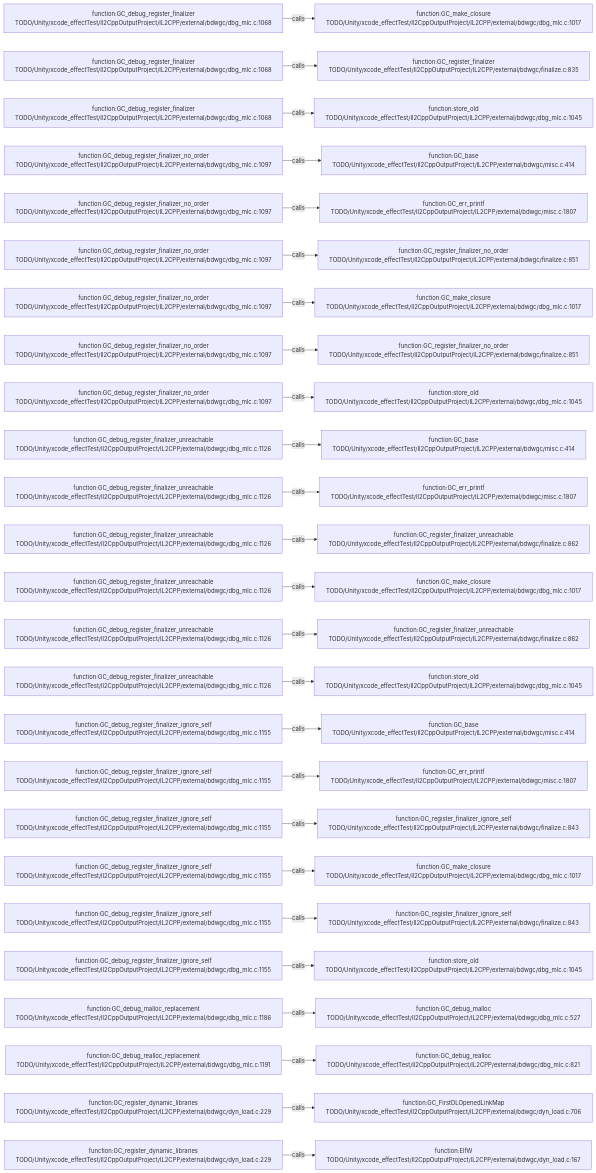
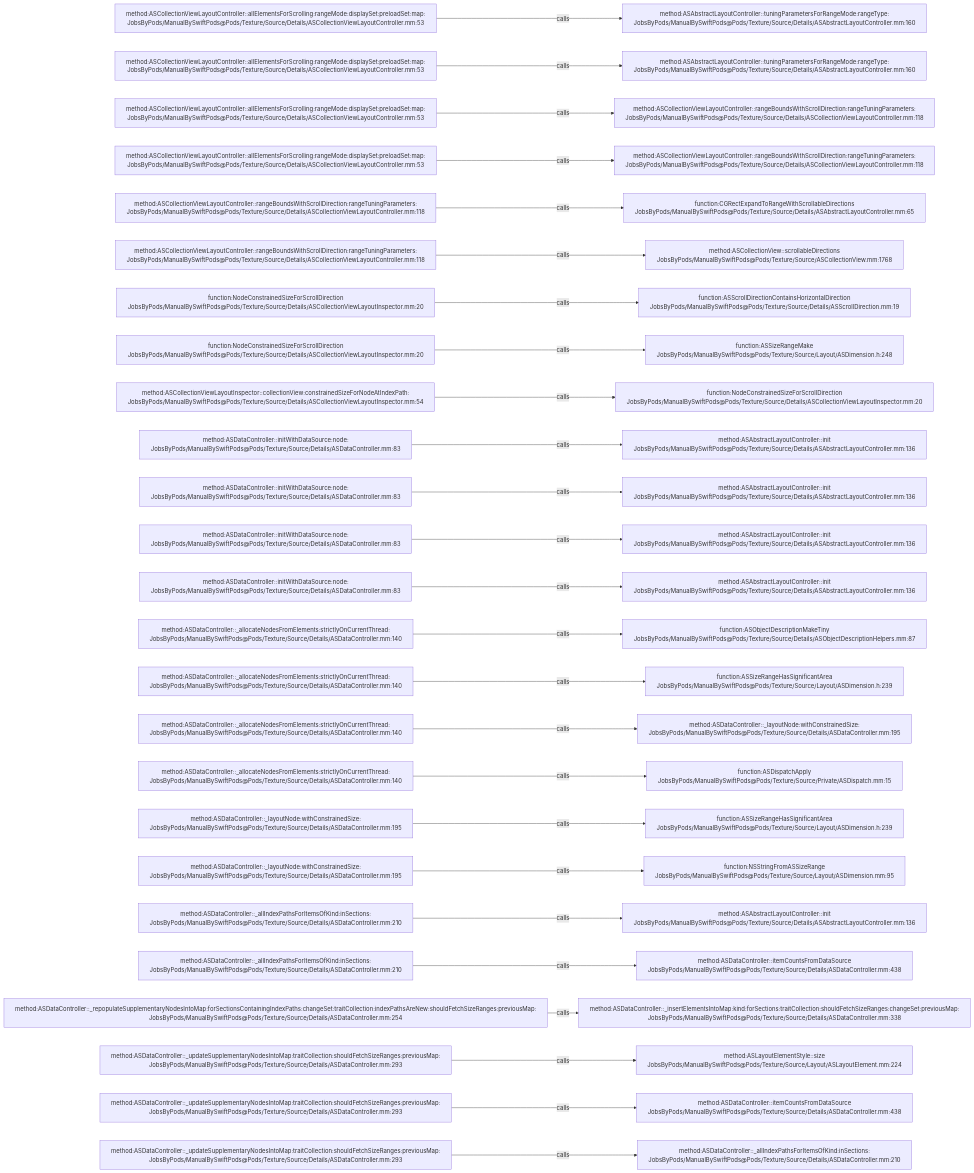
The diagram in .codegraph/codegraph.md/graphs/calls-103.md (JobsKits/JobsSwiftBaseConfigDemo), drawn with Mermaid before and after one commit. The commit also changed 2959 other files, not shown here.

````diff
--- a/.codegraph/codegraph.md/graphs/calls-103.md
+++ b/.codegraph/codegraph.md/graphs/calls-103.md
@@ -13,78 +13,78 @@
 ```mermaid
 flowchart LR
-  S1["function:GC_debug_register_finalizer<br/>TODO/Unity/xcode_effectTest/Il2CppOutputProject/IL2CPP/external/bdwgc/dbg_mlc.c:1068"]
-  T1["function:GC_make_closure<br/>TODO/Unity/xcode_effectTest/Il2CppOutputProject/IL2CPP/external/bdwgc/dbg_mlc.c:1017"]
+  S1["method:ASCollectionViewLayoutController::allElementsForScrolling:rangeMode:displaySet:preloadSet:map:<br/>JobsByPods/ManualBySwiftPods@Pods/Texture/Source/Details/ASCollectionViewLayoutController.mm:53"]
+  T1["method:ASAbstractLayoutController::tuningParametersForRangeMode:rangeType:<br/>JobsByPods/ManualBySwiftPods@Pods/Texture/Source/Details/ASAbstractLayoutController.mm:160"]
   S1 -->|calls| T1
-  S2["function:GC_debug_register_finalizer<br/>TODO/Unity/xcode_effectTest/Il2CppOutputProject/IL2CPP/external/bdwgc/dbg_mlc.c:1068"]
-  T2["function:GC_register_finalizer<br/>TODO/Unity/xcode_effectTest/Il2CppOutputProject/IL2CPP/external/bdwgc/finalize.c:835"]
+  S2["method:ASCollectionViewLayoutController::allElementsForScrolling:rangeMode:displaySet:preloadSet:map:<br/>JobsByPods/ManualBySwiftPods@Pods/Texture/Source/Details/ASCollectionViewLayoutController.mm:53"]
+  T2["method:ASAbstractLayoutController::tuningParametersForRangeMode:rangeType:<br/>JobsByPods/ManualBySwiftPods@Pods/Texture/Source/Details/ASAbstractLayoutController.mm:160"]
   S2 -->|calls| T2
-  S3["function:GC_debug_register_finalizer<br/>TODO/Unity/xcode_effectTest/Il2CppOutputProject/IL2CPP/external/bdwgc/dbg_mlc.c:1068"]
-  T3["function:store_old<br/>TODO/Unity/xcode_effectTest/Il2CppOutputProject/IL2CPP/external/bdwgc/dbg_mlc.c:1045"]
+  S3["method:ASCollectionViewLayoutController::allElementsForScrolling:rangeMode:displaySet:preloadSet:map:<br/>JobsByPods/ManualBySwiftPods@Pods/Texture/Source/Details/ASCollectionViewLayoutController.mm:53"]
+  T3["method:ASCollectionViewLayoutController::rangeBoundsWithScrollDirection:rangeTuningParameters:<br/>JobsByPods/ManualBySwiftPods@Pods/Texture/Source/Details/ASCollectionViewLayoutController.mm:118"]
   S3 -->|calls| T3
-  S4["function:GC_debug_register_finalizer_no_order<br/>TODO/Unity/xcode_effectTest/Il2CppOutputProject/IL2CPP/external/bdwgc/dbg_mlc.c:1097"]
-  T4["function:GC_base<br/>TODO/Unity/xcode_effectTest/Il2CppOutputProject/IL2CPP/external/bdwgc/misc.c:414"]
+  S4["method:ASCollectionViewLayoutController::allElementsForScrolling:rangeMode:displaySet:preloadSet:map:<br/>JobsByPods/ManualBySwiftPods@Pods/Texture/Source/Details/ASCollectionViewLayoutController.mm:53"]
+  T4["method:ASCollectionViewLayoutController::rangeBoundsWithScrollDirection:rangeTuningParameters:<br/>JobsByPods/ManualBySwiftPods@Pods/Texture/Source/Details/ASCollectionViewLayoutController.mm:118"]
   S4 -->|calls| T4
-  S5["function:GC_debug_register_finalizer_no_order<br/>TODO/Unity/xcode_effectTest/Il2CppOutputProject/IL2CPP/external/bdwgc/dbg_mlc.c:1097"]
-  T5["function:GC_err_printf<br/>TODO/Unity/xcode_effectTest/Il2CppOutputProject/IL2CPP/external/bdwgc/misc.c:1807"]
+  S5["method:ASCollectionViewLayoutController::rangeBoundsWithScrollDirection:rangeTuningParameters:<br/>JobsByPods/ManualBySwiftPods@Pods/Texture/Source/Details/ASCollectionViewLayoutController.mm:118"]
+  T5["function:CGRectExpandToRangeWithScrollableDirections<br/>JobsByPods/ManualBySwiftPods@Pods/Texture/Source/Details/ASAbstractLayoutController.mm:65"]
   S5 -->|calls| T5
-  S6["function:GC_debug_register_finalizer_no_order<br/>TODO/Unity/xcode_effectTest/Il2CppOutputProject/IL2CPP/external/bdwgc/dbg_mlc.c:1097"]
-  T6["function:GC_register_finalizer_no_order<br/>TODO/Unity/xcode_effectTest/Il2CppOutputProject/IL2CPP/external/bdwgc/finalize.c:851"]
+  S6["method:ASCollectionViewLayoutController::rangeBoundsWithScrollDirection:rangeTuningParameters:<br/>JobsByPods/ManualBySwiftPods@Pods/Texture/Source/Details/ASCollectionViewLayoutController.mm:118"]
+  T6["method:ASCollectionView::scrollableDirections<br/>JobsByPods/ManualBySwiftPods@Pods/Texture/Source/ASCollectionView.mm:1768"]
   S6 -->|calls| T6
-  S7["function:GC_debug_register_finalizer_no_order<br/>TODO/Unity/xcode_effectTest/Il2CppOutputProject/IL2CPP/external/bdwgc/dbg_mlc.c:1097"]
-  T7["function:GC_make_closure<br/>TODO/Unity/xcode_effectTest/Il2CppOutputProject/IL2CPP/external/bdwgc/dbg_mlc.c:1017"]
+  S7["function:NodeConstrainedSizeForScrollDirection<br/>JobsByPods/ManualBySwiftPods@Pods/Texture/Source/Details/ASCollectionViewLayoutInspector.mm:20"]
+  T7["function:ASScrollDirectionContainsHorizontalDirection<br/>JobsByPods/ManualBySwiftPods@Pods/Texture/Source/Details/ASScrollDirection.mm:19"]
   S7 -->|calls| T7
-  S8["function:GC_debug_register_finalizer_no_order<br/>TODO/Unity/xcode_effectTest/Il2CppOutputProject/IL2CPP/external/bdwgc/dbg_mlc.c:1097"]
-  T8["function:GC_register_finalizer_no_order<br/>TODO/Unity/xcode_effectTest/Il2CppOutputProject/IL2CPP/external/bdwgc/finalize.c:851"]
+  S8["function:NodeConstrainedSizeForScrollDirection<br/>JobsByPods/ManualBySwiftPods@Pods/Texture/Source/Details/ASCollectionViewLayoutInspector.mm:20"]
+  T8["function:ASSizeRangeMake<br/>JobsByPods/ManualBySwiftPods@Pods/Texture/Source/Layout/ASDimension.h:248"]
   S8 -->|calls| T8
-  S9["function:GC_debug_register_finalizer_no_order<br/>TODO/Unity/xcode_effectTest/Il2CppOutputProject/IL2CPP/external/bdwgc/dbg_mlc.c:1097"]
-  T9["function:store_old<br/>TODO/Unity/xcode_effectTest/Il2CppOutputProject/IL2CPP/external/bdwgc/dbg_mlc.c:1045"]
+  S9["method:ASCollectionViewLayoutInspector::collectionView:constrainedSizeForNodeAtIndexPath:<br/>JobsByPods/ManualBySwiftPods@Pods/Texture/Source/Details/ASCollectionViewLayoutInspector.mm:54"]
+  T9["function:NodeConstrainedSizeForScrollDirection<br/>JobsByPods/ManualBySwiftPods@Pods/Texture/Source/Details/ASCollectionViewLayoutInspector.mm:20"]
   S9 -->|calls| T9
-  S10["function:GC_debug_register_finalizer_unreachable<br/>TODO/Unity/xcode_effectTest/Il2CppOutputProject/IL2CPP/external/bdwgc/dbg_mlc.c:1126"]
-  T10["function:GC_base<br/>TODO/Unity/xcode_effectTest/Il2CppOutputProject/IL2CPP/external/bdwgc/misc.c:414"]
+  S10["method:ASDataController::initWithDataSource:node:<br/>JobsByPods/ManualBySwiftPods@Pods/Texture/Source/Details/ASDataController.mm:83"]
+  T10["method:ASAbstractLayoutController::init<br/>JobsByPods/ManualBySwiftPods@Pods/Texture/Source/Details/ASAbstractLayoutController.mm:136"]
   S10 -->|calls| T10
-  S11["function:GC_debug_register_finalizer_unreachable<br/>TODO/Unity/xcode_effectTest/Il2CppOutputProject/IL2CPP/external/bdwgc/dbg_mlc.c:1126"]
-  T11["function:GC_err_printf<br/>TODO/Unity/xcode_effectTest/Il2CppOutputProject/IL2CPP/external/bdwgc/misc.c:1807"]
+  S11["method:ASDataController::initWithDataSource:node:<br/>JobsByPods/ManualBySwiftPods@Pods/Texture/Source/Details/ASDataController.mm:83"]
+  T11["method:ASAbstractLayoutController::init<br/>JobsByPods/ManualBySwiftPods@Pods/Texture/Source/Details/ASAbstractLayoutController.mm:136"]
   S11 -->|calls| T11
-  S12["function:GC_debug_register_finalizer_unreachable<br/>TODO/Unity/xcode_effectTest/Il2CppOutputProject/IL2CPP/external/bdwgc/dbg_mlc.c:1126"]
-  T12["function:GC_register_finalizer_unreachable<br/>TODO/Unity/xcode_effectTest/Il2CppOutputProject/IL2CPP/external/bdwgc/finalize.c:862"]
+  S12["method:ASDataController::initWithDataSource:node:<br/>JobsByPods/ManualBySwiftPods@Pods/Texture/Source/Details/ASDataController.mm:83"]
+  T12["method:ASAbstractLayoutController::init<br/>JobsByPods/ManualBySwiftPods@Pods/Texture/Source/Details/ASAbstractLayoutController.mm:136"]
   S12 -->|calls| T12
-  S13["function:GC_debug_register_finalizer_unreachable<br/>TODO/Unity/xcode_effectTest/Il2CppOutputProject/IL2CPP/external/bdwgc/dbg_mlc.c:1126"]
-  T13["function:GC_make_closure<br/>TODO/Unity/xcode_effectTest/Il2CppOutputProject/IL2CPP/external/bdwgc/dbg_mlc.c:1017"]
+  S13["method:ASDataController::initWithDataSource:node:<br/>JobsByPods/ManualBySwiftPods@Pods/Texture/Source/Details/ASDataController.mm:83"]
+  T13["method:ASAbstractLayoutController::init<br/>JobsByPods/ManualBySwiftPods@Pods/Texture/Source/Details/ASAbstractLayoutController.mm:136"]
   S13 -->|calls| T13
-  S14["function:GC_debug_register_finalizer_unreachable<br/>TODO/Unity/xcode_effectTest/Il2CppOutputProject/IL2CPP/external/bdwgc/dbg_mlc.c:1126"]
-  T14["function:GC_register_finalizer_unreachable<br/>TODO/Unity/xcode_effectTest/Il2CppOutputProject/IL2CPP/external/bdwgc/finalize.c:862"]
+  S14["method:ASDataController::_allocateNodesFromElements:strictlyOnCurrentThread:<br/>JobsByPods/ManualBySwiftPods@Pods/Texture/Source/Details/ASDataController.mm:140"]
+  T14["function:ASObjectDescriptionMakeTiny<br/>JobsByPods/ManualBySwiftPods@Pods/Texture/Source/Details/ASObjectDescriptionHelpers.mm:87"]
   S14 -->|calls| T14
-  S15["function:GC_debug_register_finalizer_unreachable<br/>TODO/Unity/xcode_effectTest/Il2CppOutputProject/IL2CPP/external/bdwgc/dbg_mlc.c:1126"]
-  T15["function:store_old<br/>TODO/Unity/xcode_effectTest/Il2CppOutputProject/IL2CPP/external/bdwgc/dbg_mlc.c:1045"]
+  S15["method:ASDataController::_allocateNodesFromElements:strictlyOnCurrentThread:<br/>JobsByPods/ManualBySwiftPods@Pods/Texture/Source/Details/ASDataController.mm:140"]
+  T15["function:ASSizeRangeHasSignificantArea<br/>JobsByPods/ManualBySwiftPods@Pods/Texture/Source/Layout/ASDimension.h:239"]
   S15 -->|calls| T15
-  S16["function:GC_debug_register_finalizer_ignore_self<br/>TODO/Unity/xcode_effectTest/Il2CppOutputProject/IL2CPP/external/bdwgc/dbg_mlc.c:1155"]
-  T16["function:GC_base<br/>TODO/Unity/xcode_effectTest/Il2CppOutputProject/IL2CPP/external/bdwgc/misc.c:414"]
+  S16["method:ASDataController::_allocateNodesFromElements:strictlyOnCurrentThread:<br/>JobsByPods/ManualBySwiftPods@Pods/Texture/Source/Details/ASDataController.mm:140"]
+  T16["method:ASDataController::_layoutNode:withConstrainedSize:<br/>JobsByPods/ManualBySwiftPods@Pods/Texture/Source/Details/ASDataController.mm:195"]
   S16 -->|calls| T16
-  S17["function:GC_debug_register_finalizer_ignore_self<br/>TODO/Unity/xcode_effectTest/Il2CppOutputProject/IL2CPP/external/bdwgc/dbg_mlc.c:1155"]
-  T17["function:GC_err_printf<br/>TODO/Unity/xcode_effectTest/Il2CppOutputProject/IL2CPP/external/bdwgc/misc.c:1807"]
+  S17["method:ASDataController::_allocateNodesFromElements:strictlyOnCurrentThread:<br/>JobsByPods/ManualBySwiftPods@Pods/Texture/Source/Details/ASDataController.mm:140"]
+  T17["function:ASDispatchApply<br/>JobsByPods/ManualBySwiftPods@Pods/Texture/Source/Private/ASDispatch.mm:15"]
   S17 -->|calls| T17
-  S18["function:GC_debug_register_finalizer_ignore_self<br/>TODO/Unity/xcode_effectTest/Il2CppOutputProject/IL2CPP/external/bdwgc/dbg_mlc.c:1155"]
-  T18["function:GC_register_finalizer_ignore_self<br/>TODO/Unity/xcode_effectTest/Il2CppOutputProject/IL2CPP/external/bdwgc/finalize.c:843"]
+  S18["method:ASDataController::_layoutNode:withConstrainedSize:<br/>JobsByPods/ManualBySwiftPods@Pods/Texture/Source/Details/ASDataController.mm:195"]
+  T18["function:ASSizeRangeHasSignificantArea<br/>JobsByPods/ManualBySwiftPods@Pods/Texture/Source/Layout/ASDimension.h:239"]
   S18 -->|calls| T18
-  S19["function:GC_debug_register_finalizer_ignore_self<br/>TODO/Unity/xcode_effectTest/Il2CppOutputProject/IL2CPP/external/bdwgc/dbg_mlc.c:1155"]
-  T19["function:GC_make_closure<br/>TODO/Unity/xcode_effectTest/Il2CppOutputProject/IL2CPP/external/bdwgc/dbg_mlc.c:1017"]
+  S19["method:ASDataController::_layoutNode:withConstrainedSize:<br/>JobsByPods/ManualBySwiftPods@Pods/Texture/Source/Details/ASDataController.mm:195"]
+  T19["function:NSStringFromASSizeRange<br/>JobsByPods/ManualBySwiftPods@Pods/Texture/Source/Layout/ASDimension.mm:95"]
   S19 -->|calls| T19
-  S20["function:GC_debug_register_finalizer_ignore_self<br/>TODO/Unity/xcode_effectTest/Il2CppOutputProject/IL2CPP/external/bdwgc/dbg_mlc.c:1155"]
-  T20["function:GC_register_finalizer_ignore_self<br/>TODO/Unity/xcode_effectTest/Il2CppOutputProject/IL2CPP/external/bdwgc/finalize.c:843"]
+  S20["method:ASDataController::_allIndexPathsForItemsOfKind:inSections:<br/>JobsByPods/ManualBySwiftPods@Pods/Texture/Source/Details/ASDataController.mm:210"]
+  T20["method:ASAbstractLayoutController::init<br/>JobsByPods/ManualBySwiftPods@Pods/Texture/Source/Details/ASAbstractLayoutController.mm:136"]
   S20 -->|calls| T20
-  S21["function:GC_debug_register_finalizer_ignore_self<br/>TODO/Unity/xcode_effectTest/Il2CppOutputProject/IL2CPP/external/bdwgc/dbg_mlc.c:1155"]
-  T21["function:store_old<br/>TODO/Unity/xcode_effectTest/Il2CppOutputProject/IL2CPP/external/bdwgc/dbg_mlc.c:1045"]
+  S21["method:ASDataController::_allIndexPathsForItemsOfKind:inSections:<br/>JobsByPods/ManualBySwiftPods@Pods/Texture/Source/Details/ASDataController.mm:210"]
+  T21["method:ASDataController::itemCountsFromDataSource<br/>JobsByPods/ManualBySwiftPods@Pods/Texture/Source/Details/ASDataController.mm:438"]
   S21 -->|calls| T21
-  S22["function:GC_debug_malloc_replacement<br/>TODO/Unity/xcode_effectTest/Il2CppOutputProject/IL2CPP/external/bdwgc/dbg_mlc.c:1186"]
-  T22["function:GC_debug_malloc<br/>TODO/Unity/xcode_effectTest/Il2CppOutputProject/IL2CPP/external/bdwgc/dbg_mlc.c:527"]
+  S22["method:ASDataController::_repopulateSupplementaryNodesIntoMap:forSectionsContainingIndexPaths:changeSet:traitCollection:indexPathsAreNew:shouldFetchSizeRanges:previousMap:<br/>JobsByPods/ManualBySwiftPods@Pods/Texture/Source/Details/ASDataController.mm:254"]
+  T22["method:ASDataController::_insertElementsIntoMap:kind:forSections:traitCollection:shouldFetchSizeRanges:changeSet:previousMap:<br/>JobsByPods/ManualBySwiftPods@Pods/Texture/Source/Details/ASDataController.mm:338"]
   S22 -->|calls| T22
-  S23["function:GC_debug_realloc_replacement<br/>TODO/Unity/xcode_effectTest/Il2CppOutputProject/IL2CPP/external/bdwgc/dbg_mlc.c:1191"]
-  T23["function:GC_debug_realloc<br/>TODO/Unity/xcode_effectTest/Il2CppOutputProject/IL2CPP/external/bdwgc/dbg_mlc.c:821"]
+  S23["method:ASDataController::_updateSupplementaryNodesIntoMap:traitCollection:shouldFetchSizeRanges:previousMap:<br/>JobsByPods/ManualBySwiftPods@Pods/Texture/Source/Details/ASDataController.mm:293"]
+  T23["method:ASLayoutElementStyle::size<br/>JobsByPods/ManualBySwiftPods@Pods/Texture/Source/Layout/ASLayoutElement.mm:224"]
   S23 -->|calls| T23
-  S24["function:GC_register_dynamic_libraries<br/>TODO/Unity/xcode_effectTest/Il2CppOutputProject/IL2CPP/external/bdwgc/dyn_load.c:229"]
-  T24["function:GC_FirstDLOpenedLinkMap<br/>TODO/Unity/xcode_effectTest/Il2CppOutputProject/IL2CPP/external/bdwgc/dyn_load.c:706"]
+  S24["method:ASDataController::_updateSupplementaryNodesIntoMap:traitCollection:shouldFetchSizeRanges:previousMap:<br/>JobsByPods/ManualBySwiftPods@Pods/Texture/Source/Details/ASDataController.mm:293"]
+  T24["method:ASDataController::itemCountsFromDataSource<br/>JobsByPods/ManualBySwiftPods@Pods/Texture/Source/Details/ASDataController.mm:438"]
   S24 -->|calls| T24
-  S25["function:GC_register_dynamic_libraries<br/>TODO/Unity/xcode_effectTest/Il2CppOutputProject/IL2CPP/external/bdwgc/dyn_load.c:229"]
-  T25["function:ElfW<br/>TODO/Unity/xcode_effectTest/Il2CppOutputProject/IL2CPP/external/bdwgc/dyn_load.c:167"]
+  S25["method:ASDataController::_updateSupplementaryNodesIntoMap:traitCollection:shouldFetchSizeRanges:previousMap:<br/>JobsByPods/ManualBySwiftPods@Pods/Texture/Source/Details/ASDataController.mm:293"]
+  T25["method:ASDataController::_allIndexPathsForItemsOfKind:inSections:<br/>JobsByPods/ManualBySwiftPods@Pods/Texture/Source/Details/ASDataController.mm:210"]
   S25 -->|calls| T25
 ```
````
